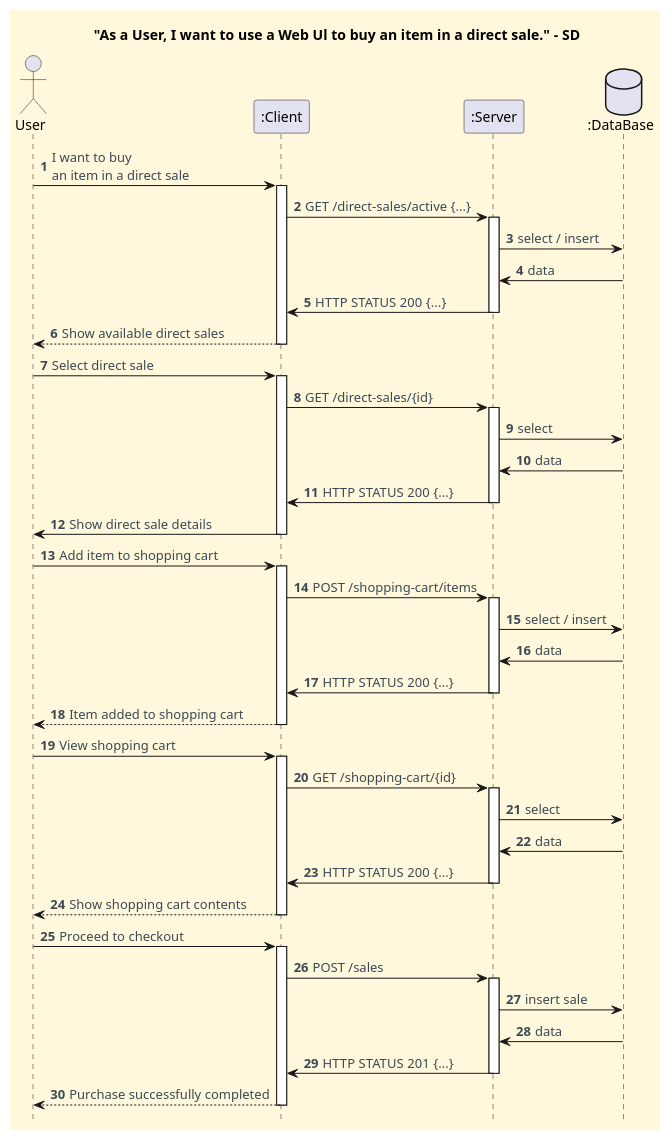
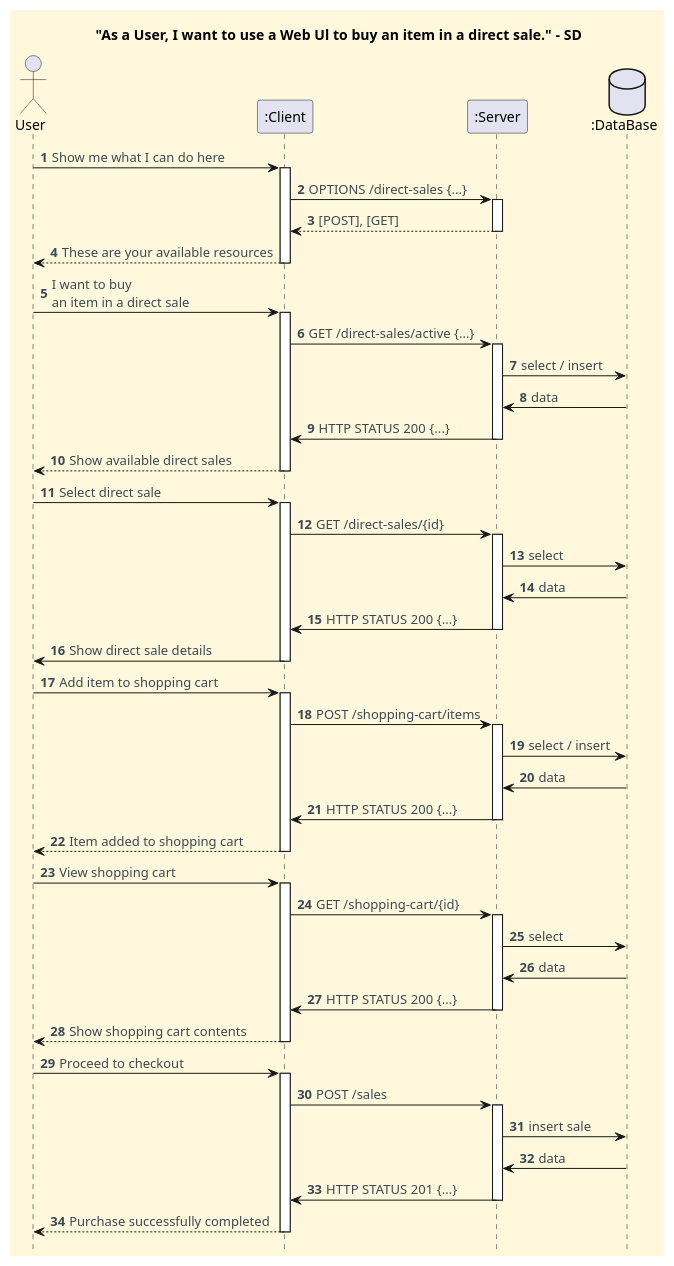
One commit to CarolinaLeite-collab/JavaMarketplacePlatform changed the diagram in docs/client-server-diagrams/buy-item-on-direct-sale/Process_View_SD.puml. Above: the diagram before and after it, drawn with PlantUML.

Commit message:
docs(sd): include OPTIONS (PR #1103)

```diff
--- a/docs/client-server-diagrams/buy-item-on-direct-sale/Process_View_SD.puml
+++ b/docs/client-server-diagrams/buy-item-on-direct-sale/Process_View_SD.puml
@@ -1,86 +1,97 @@
 @startuml
 '==== Title ====
 title "As a User, I want to use a Web Ul to buy an item in a direct sale." - SD
 
 '==== basic style ====
 skinparam monochrome false
 skinparam shadowing false
 skinparam defaultFontName Futura
 skinparam objectFontSize 20
 skinparam backgroundColor CornSilk
 skinparam objectBackgroundColor WhiteSmoke
 skinparam noteBackgroundColor #FFFFE0
 skinparam ArrowFontColor #3B4953
 skinparam ActivationBackgroundColor black
 hidefootbox
 autonumber
 
 ' ==== Actor and participants ====
 actor User
 participant ":Client" as CLI
 participant ":Server" as SER
 database ":DataBase" as DB
+
+User -> CLI : Show me what I can do here
+activate CLI
+CLI -> SER : OPTIONS /direct-sales {...}
+activate SER
+SER --> CLI : [POST], [GET]
+deactivate SER
+CLI --> User : These are your available resources
+deactivate CLI
+
+
 
 User -> CLI : I want to buy \nan item in a direct sale
 activate CLI
 CLI -> SER : GET /direct-sales/active {...}
 activate SER
 SER -> DB : select / insert
 DB -> SER : data
 SER -> CLI : HTTP STATUS 200 {...}
 deactivate SER
 
 CLI --> User : Show available direct sales
 deactivate CLI
 
 User -> CLI : Select direct sale
 activate CLI
 
 CLI -> SER : GET /direct-sales/{id}
 activate SER
 SER -> DB : select
 DB -> SER : data
 SER -> CLI : HTTP STATUS 200 {...}
 deactivate SER
 CLI -> User : Show direct sale details
 deactivate CLI
 
 User -> CLI : Add item to shopping cart
 activate CLI
 CLI -> SER : POST /shopping-cart/items
 activate SER
 SER -> DB : select / insert
 
 DB -> SER : data
 
 SER -> CLI : HTTP STATUS 200 {...}
 deactivate SER
 
 CLI --> User : Item added to shopping cart
 deactivate CLI
 
 User -> CLI : View shopping cart
 activate CLI
 CLI -> SER : GET /shopping-cart/{id}
 activate SER
 SER -> DB : select
 
 DB -> SER : data
 
 SER -> CLI : HTTP STATUS 200 {...}
 deactivate SER
 CLI --> User : Show shopping cart contents
 deactivate CLI
 User -> CLI : Proceed to checkout
 activate CLI
 CLI -> SER : POST /sales
 activate SER
 SER -> DB : insert sale
 DB -> SER : data
 
 SER -> CLI : HTTP STATUS 201 {...}
 deactivate SER
 CLI --> User : Purchase successfully completed
 deactivate CLI
 
 @enduml
```
